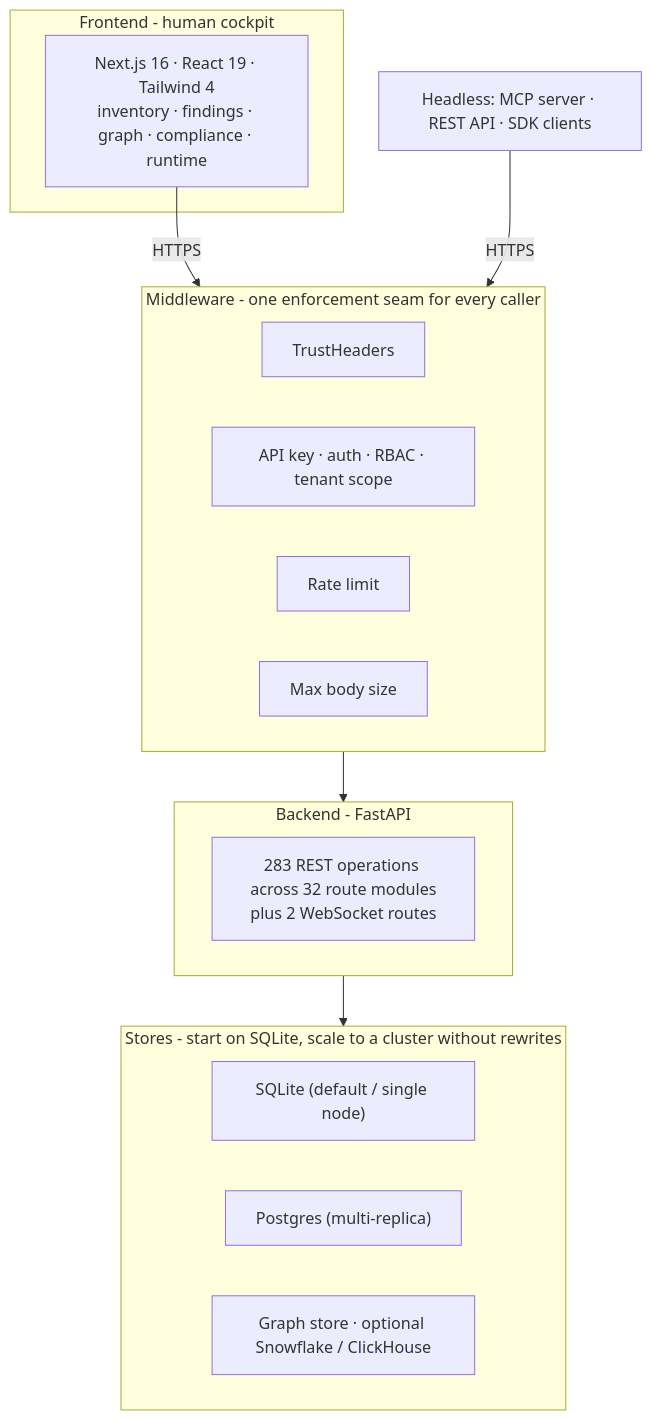
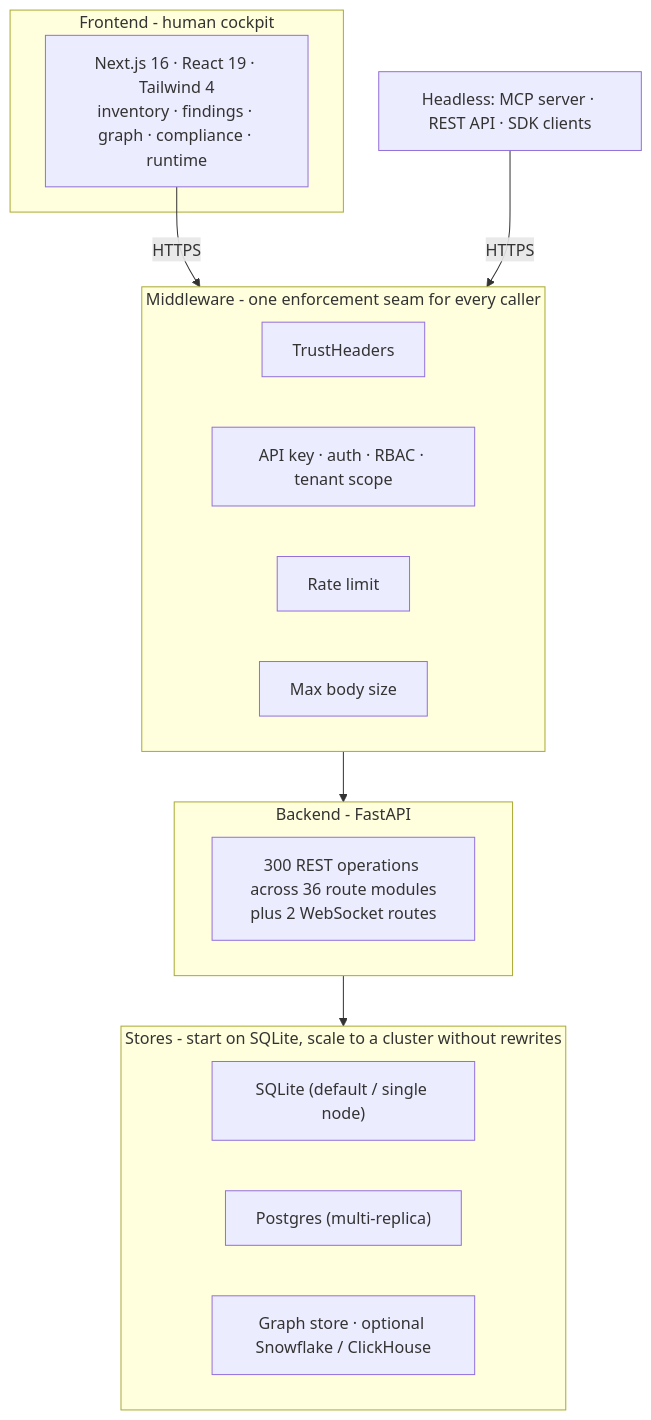
Before and after one commit to msaad00/agent-bom: the fourth of 9 diagrams in docs/ARCHITECTURE.md, drawn with Mermaid. The commit also changed other lines of this file and 4 other files, not shown here.

First line of the commit message:
docs: reconcile counts to merged main (300 API ops, 36 route modules, 73 MCP tools)

````diff
--- a/docs/ARCHITECTURE.md
+++ b/docs/ARCHITECTURE.md
@@ -146,26 +146,26 @@
 ```mermaid
 flowchart TB
     subgraph FE["Frontend - human cockpit"]
         UI["Next.js 16 · React 19 · Tailwind 4\ninventory · findings · graph · compliance · runtime"]
     end
     subgraph MW["Middleware - one enforcement seam for every caller"]
         M1["TrustHeaders"]
         M2["API key · auth · RBAC · tenant scope"]
         M3["Rate limit"]
         M4["Max body size"]
     end
     subgraph BE["Backend - FastAPI"]
-        R["283 REST operations across 32 route modules\nplus 2 WebSocket routes"]
+        R["300 REST operations across 36 route modules\nplus 2 WebSocket routes"]
     end
     subgraph ST["Stores - start on SQLite, scale to a cluster without rewrites"]
         S1["SQLite (default / single node)"]
         S2["Postgres (multi-replica)"]
         S3["Graph store · optional Snowflake / ClickHouse"]
     end
 
     EXTAGENT["Headless: MCP server · REST API · SDK clients"]
 
     UI -->|HTTPS| MW
     EXTAGENT -->|HTTPS| MW
     MW --> BE --> ST
 ```
````
